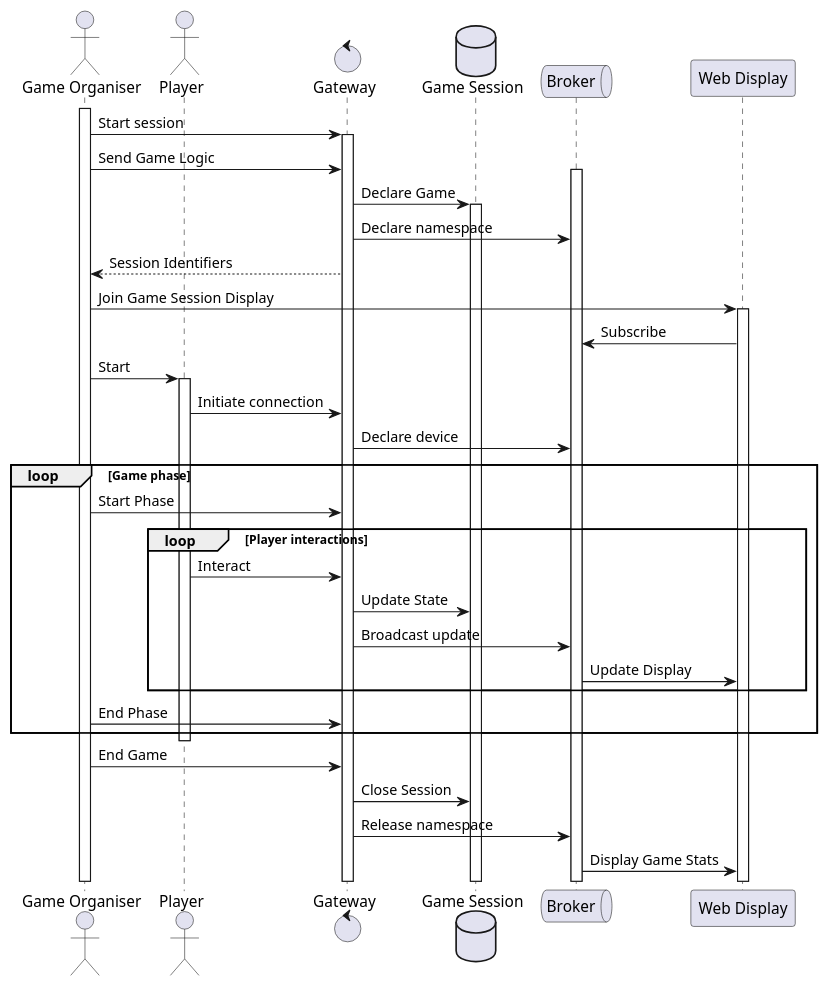
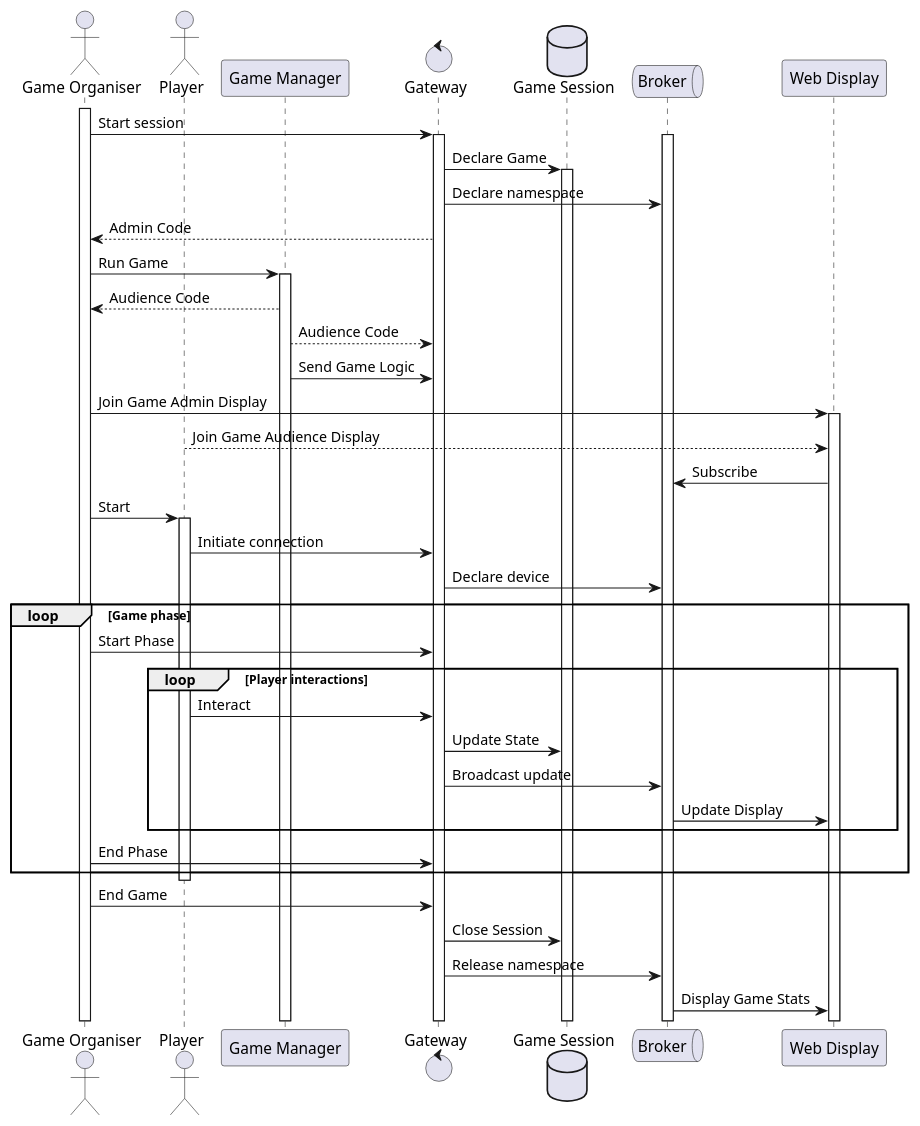
The diagram in docs/plantuml/sequence-diagrams/game-management.puml (bcopy/microsquad), drawn with PlantUML before and after one commit.

Commit message:
Add support for admin code

```diff
--- a/docs/plantuml/sequence-diagrams/game-management.puml
+++ b/docs/plantuml/sequence-diagrams/game-management.puml
@@ -1,51 +1,59 @@
 @startuml
 
 
 actor "Game Organiser" as Organiser
 actor Player
+
+participant "Game Manager" as Manager
 control Gateway
 database "Game Session" as Game
 queue Broker
 participant "Web Display" as Web
 
 activate Organiser
 
 
 Organiser -> Gateway : Start session
 activate Gateway
 
-Organiser -> Gateway : Send Game Logic
-
-
 activate Broker
 
 Gateway -> Game : Declare Game
-
 activate Game
 Gateway -> Broker : Declare namespace
-Gateway --> Organiser : Session Identifiers
 
-Organiser -> Web : Join Game Session Display
+Gateway --> Organiser : Admin Code
+
+Organiser -> Manager : Run Game
+activate Manager
+Manager --> Organiser : Audience Code
+Manager --> Gateway : Audience Code
+
+Manager -> Gateway : Send Game Logic
+
+Organiser -> Web : Join Game Admin Display
 activate Web
+Player --> Web : Join Game Audience Display
+
 Web -> Broker : Subscribe
 Organiser -> Player : Start
 activate Player
 Player -> Gateway : Initiate connection
 Gateway -> Broker : Declare device
 
 loop Game phase
     Organiser -> Gateway : Start Phase
     loop Player interactions
         Player -> Gateway : Interact
         Gateway -> Game : Update State
         Gateway -> Broker : Broadcast update
         Broker -> Web : Update Display
     end
     Organiser -> Gateway : End Phase
 end
 deactivate Player
 Organiser -> Gateway : End Game
 Gateway -> Game : Close Session
 Gateway -> Broker : Release namespace
 Broker -> Web : Display Game Stats
 @enduml
```
